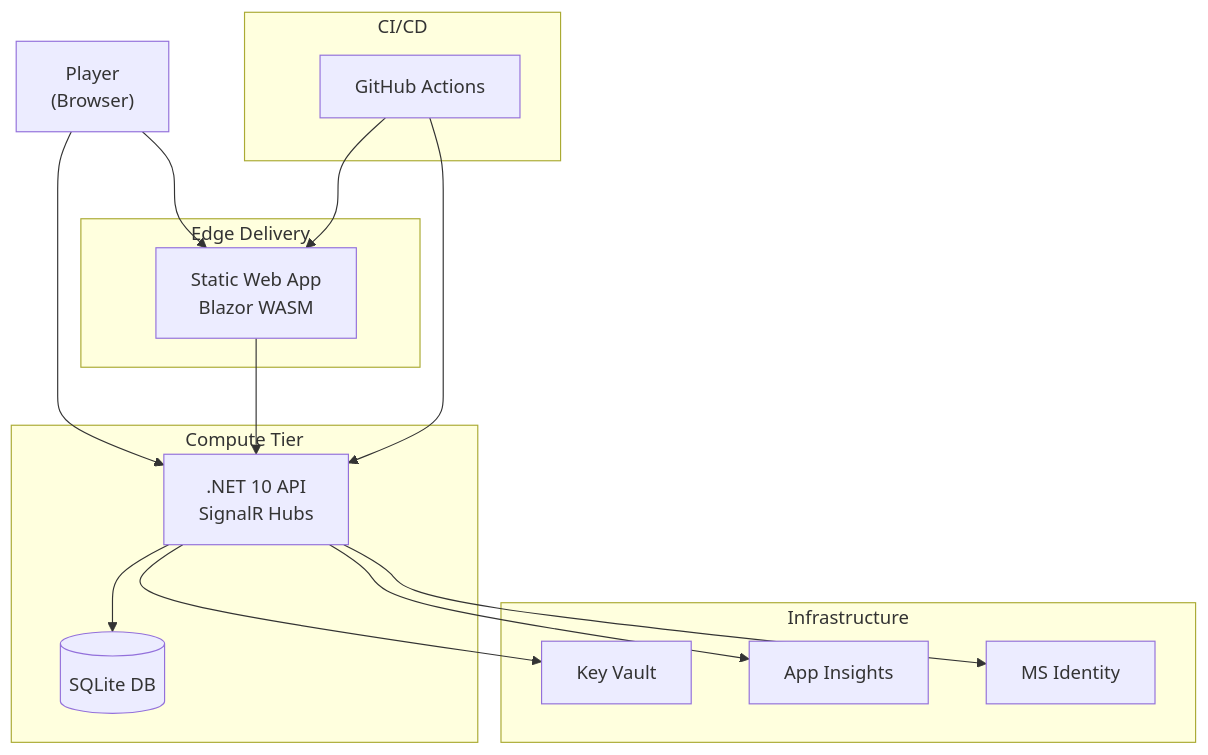
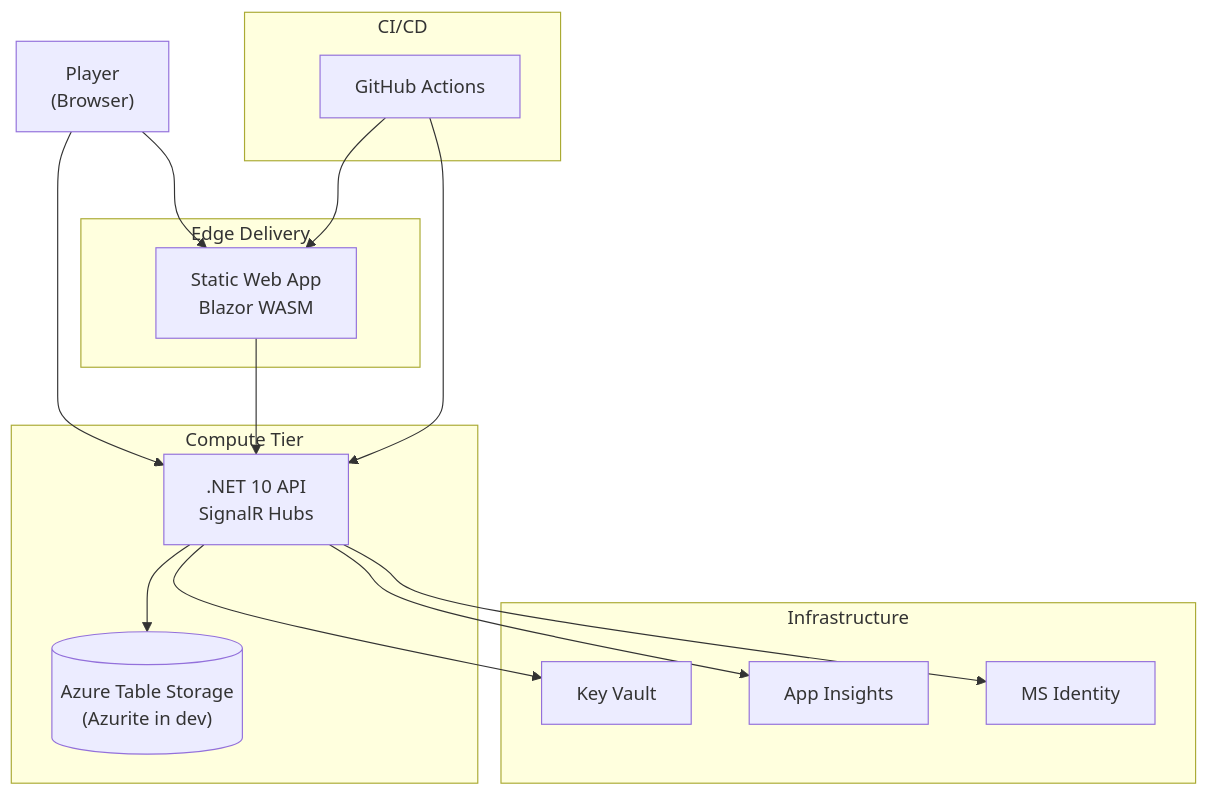
Before and after one commit to punkouter26/PoMiniGames: the diagram in README.md, drawn with Mermaid. The commit also changed other lines of this file and 63 other files, not shown here.

````diff
--- a/README.md
+++ b/README.md
@@ -36,33 +36,33 @@
 ```mermaid
 flowchart TD
     Player["Player\n(Browser)"]
     
     subgraph Edge["Edge Delivery"]
         SWA["Static Web App\nBlazor WASM"]
     end
     
     subgraph Compute["Compute Tier"]
         API[".NET 10 API\nSignalR Hubs"]
-        SQLite[("SQLite DB")]
+        Tables[("Azure Table Storage\n(Azurite in dev)")]
     end
     
     subgraph Infra["Infrastructure"]
         KV["Key Vault"]
         AppIns["App Insights"]
         MSID["MS Identity"]
     end
     
     subgraph CICD["CI/CD"]
         GH["GitHub Actions"]
     end
     
     Player --> SWA
     Player --> API
     SWA --> API
-    API --> SQLite
+    API --> Tables
     API --> KV
     API --> AppIns
     API --> MSID
     GH --> API
     GH --> SWA
 ```
````
